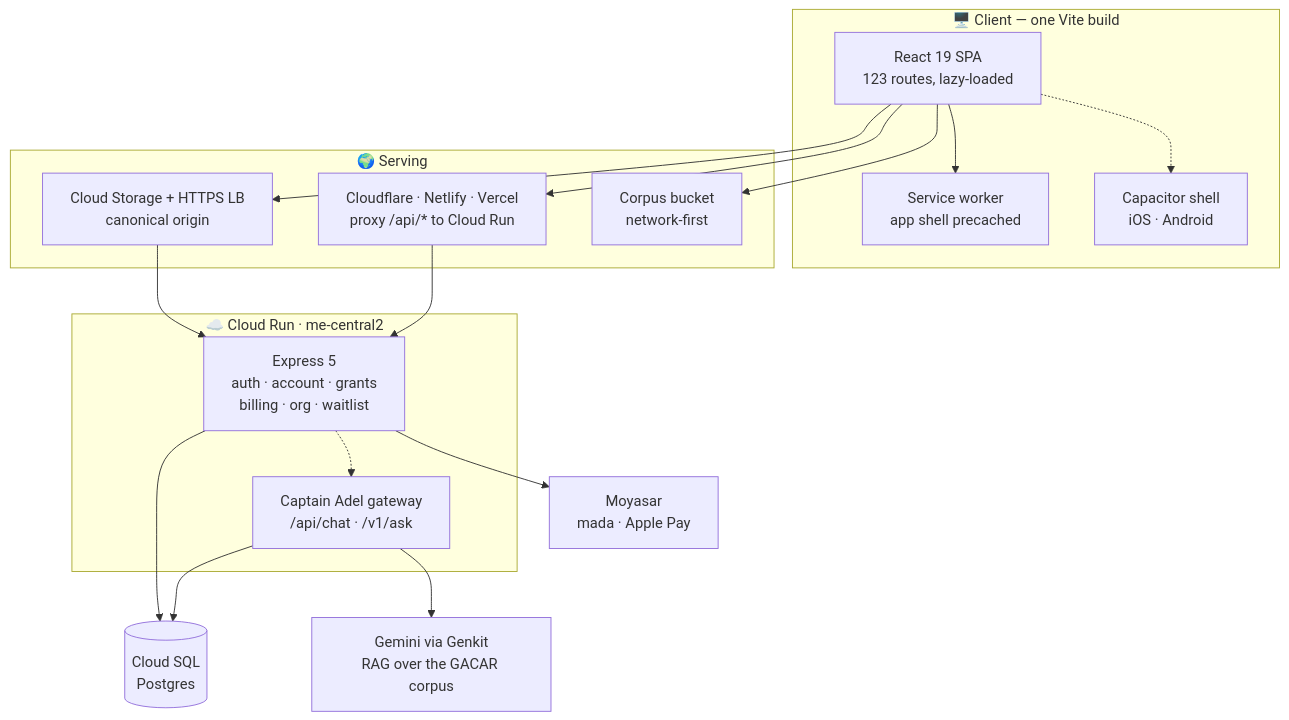
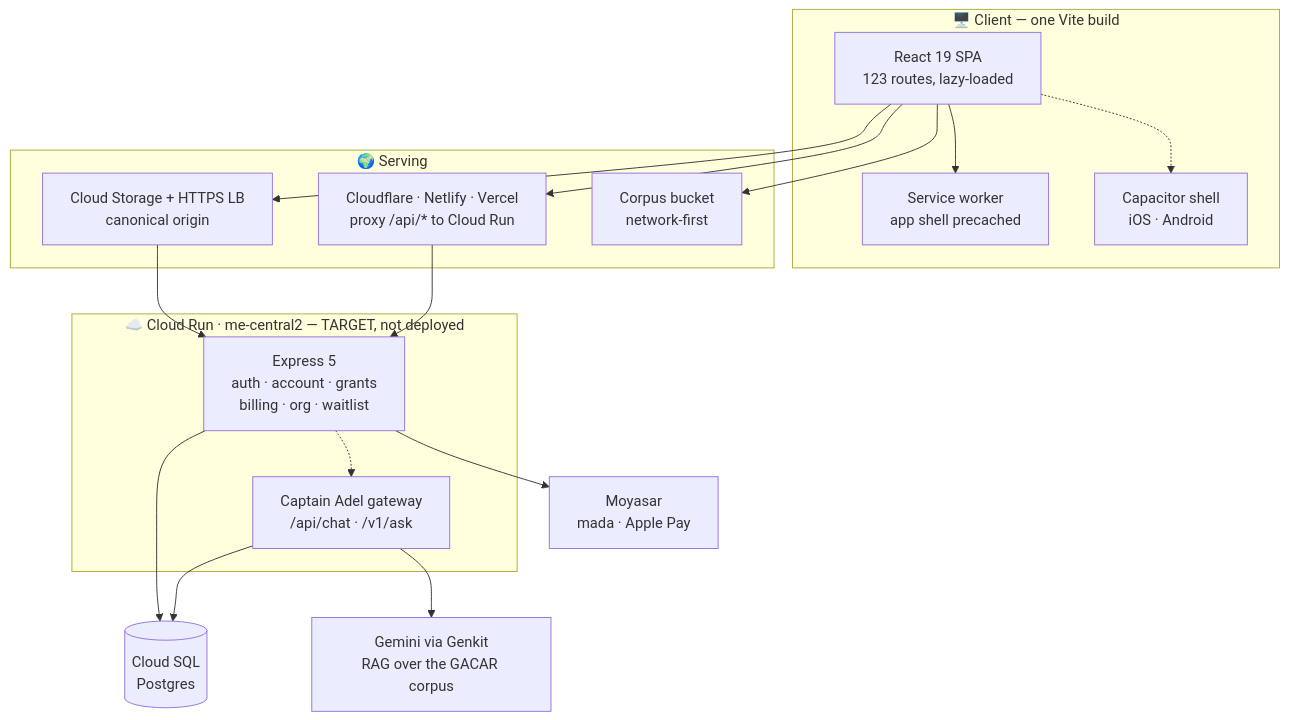
One commit to ay2m/FlyGACA changed the diagram in README.md. Above: the diagram before and after it, drawn with Mermaid. The commit also changed other lines of this file and 2 other files, not shown here.

First line of the commit message:
Mark the Cloud Run architecture as target, not deployed

````diff
--- a/README.md
+++ b/README.md
@@ -91,36 +91,36 @@
 ```mermaid
 flowchart TB
     subgraph client["🖥️ Client — one Vite build"]
         SPA["React 19 SPA<br/>123 routes, lazy-loaded"]
         PWA["Service worker<br/>app shell precached"]
         CAP["Capacitor shell<br/>iOS · Android"]
     end
 
     subgraph edge["🌍 Serving"]
         GCS["Cloud Storage + HTTPS LB<br/>canonical origin"]
         MIRROR["Cloudflare · Netlify · Vercel<br/>proxy /api/* to Cloud Run"]
         DATA["Corpus bucket<br/>network-first"]
     end
 
-    subgraph api["☁️ Cloud Run · me-central2"]
+    subgraph api["☁️ Cloud Run · me-central2 — TARGET, not deployed"]
         EXP["Express 5<br/>auth · account · grants<br/>billing · org · waitlist"]
         ADEL["Captain Adel gateway<br/>/api/chat · /v1/ask"]
     end
 
     SQL[("Cloud SQL<br/>Postgres")]
     GEM["Gemini via Genkit<br/>RAG over the GACAR corpus"]
     PAY["Moyasar<br/>mada · Apple Pay"]
 
     SPA --> PWA
     SPA -.-> CAP
     SPA --> GCS
     SPA --> MIRROR
     SPA --> DATA
     GCS --> EXP
     MIRROR --> EXP
     EXP --> SQL
     EXP --> PAY
     ADEL --> SQL
     ADEL --> GEM
     EXP -.-> ADEL
 ```
````
